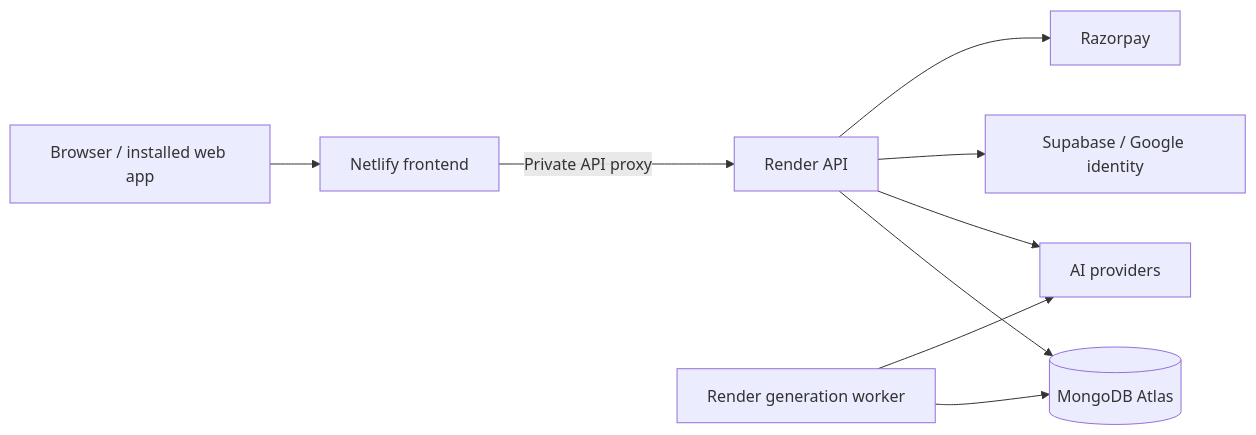
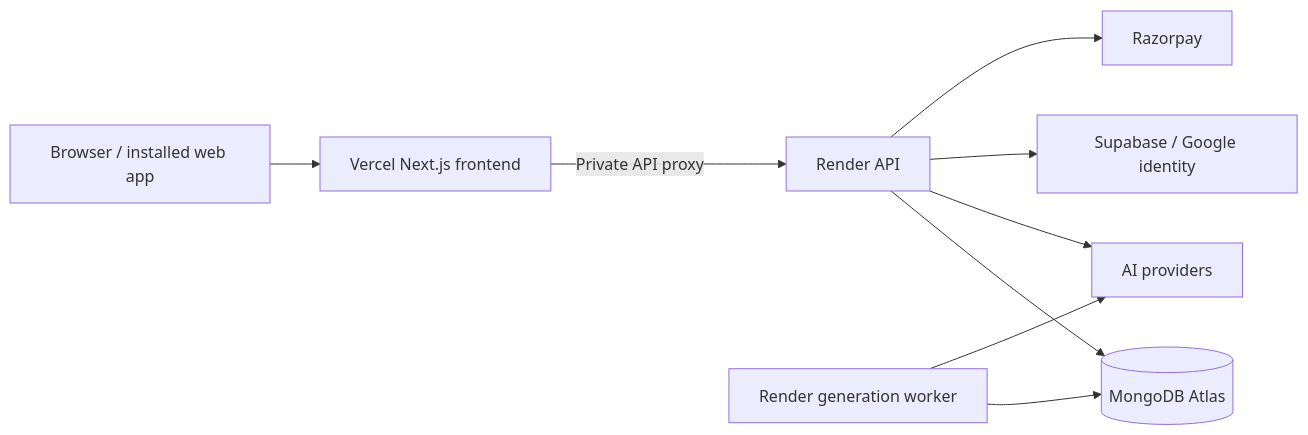
One commit to mrabhaygod12-alt/syaahi changed the diagram in README.md. Above: the diagram before and after it, drawn with Mermaid. The commit also changed other lines of this file and 19 other files, not shown here.

````diff
--- a/README.md
+++ b/README.md
@@ -52,11 +52,11 @@
 ```mermaid
 flowchart LR
-  Learner[Browser / installed web app] --> Frontend[Netlify frontend]
+  Learner[Browser / installed web app] --> Frontend[Vercel Next.js frontend]
   Frontend -->|Private API proxy| API[Render API]
   API --> DB[(MongoDB Atlas)]
   Worker[Render generation worker] --> DB
   Worker --> AI[AI providers]
   API --> AI
   API --> Identity[Supabase / Google identity]
   API --> Payment[Razorpay]
 ```
````
